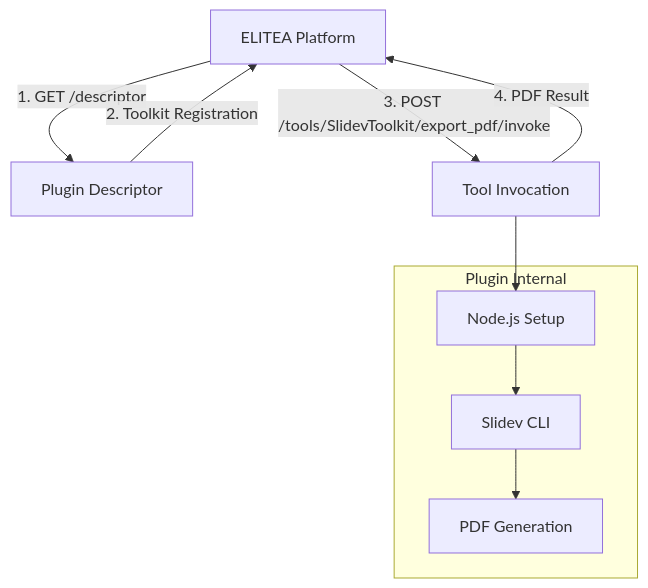
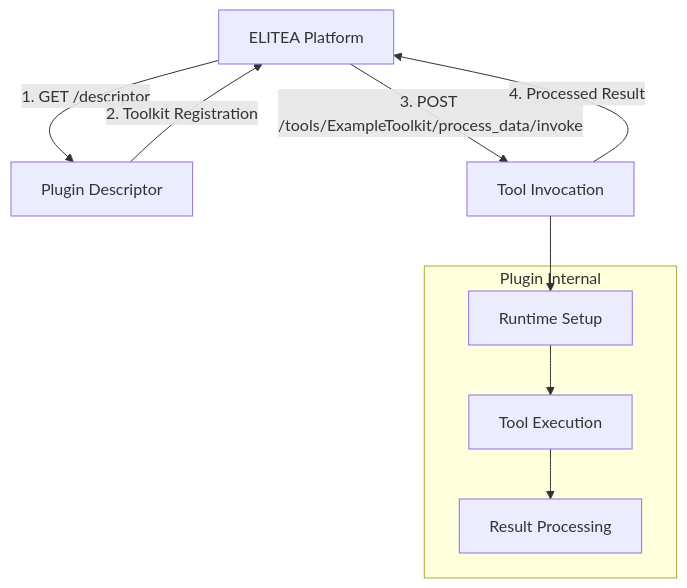
The diagram in README.md (ProjectAlita/integration-template), drawn with Mermaid before and after one commit. The commit also changed other lines of this file and 7 other files, not shown here.

````diff
--- a/README.md
+++ b/README.md
@@ -27,14 +27,14 @@
 ```mermaid
 graph TD
     A[ELITEA Platform] -->|1. GET /descriptor| B[Plugin Descriptor]
     B -->|2. Toolkit Registration| A
-    A -->|3. POST /tools/SlidevToolkit/export_pdf/invoke| C[Tool Invocation]
-    C -->|4. PDF Result| A
+    A -->|3. POST /tools/ExampleToolkit/process_data/invoke| C[Tool Invocation]
+    C -->|4. Processed Result| A
     
     subgraph "Plugin Internal"
-        D[Node.js Setup] --> E[Slidev CLI]
-        E --> F[PDF Generation]
+        D[Runtime Setup] --> E[Tool Execution]
+        E --> F[Result Processing]
     end
     
     C --> D
 ```
````
